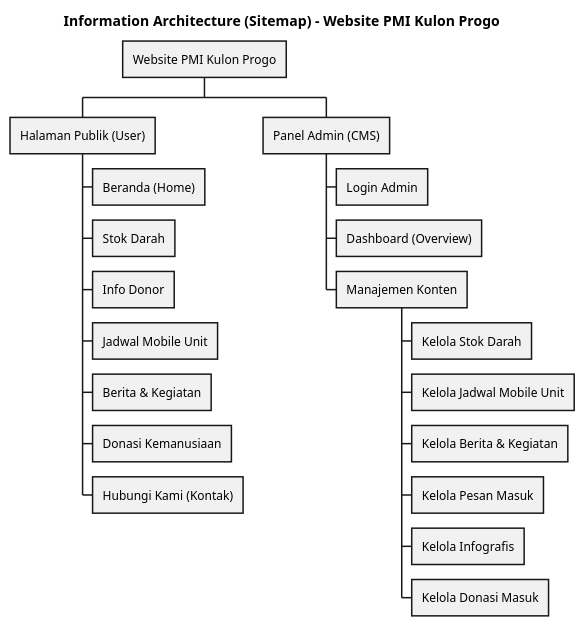
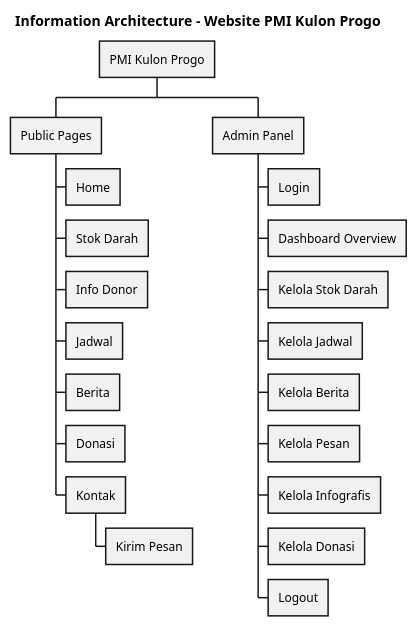
One commit to jaddu17/capstonepmikp changed the diagram in diagram/information_architecture.puml. Above: the diagram before and after it, drawn with PlantUML. The commit also changed 9 other files, not shown here.

```diff
--- a/diagram/information_architecture.puml
+++ b/diagram/information_architecture.puml
@@ -1,24 +1,24 @@
-@startwbs INFORMATION_ARCHITECTURE
-title Information Architecture (Sitemap) - Website PMI Kulon Progo
+@startwbs
+title Information Architecture - Website PMI Kulon Progo
 
-* Website PMI Kulon Progo
-** Halaman Publik (User)
-*** Beranda (Home)
+* PMI Kulon Progo
+** Public Pages
+*** Home
 *** Stok Darah
 *** Info Donor
-*** Jadwal Mobile Unit
-*** Berita & Kegiatan
-*** Donasi Kemanusiaan
-*** Hubungi Kami (Kontak)
-
-** Panel Admin (CMS)
-*** Login Admin
-*** Dashboard (Overview)
-*** Manajemen Konten
-**** Kelola Stok Darah
-**** Kelola Jadwal Mobile Unit
-**** Kelola Berita & Kegiatan
-**** Kelola Pesan Masuk
-**** Kelola Infografis
-**** Kelola Donasi Masuk
+*** Jadwal
+*** Berita
+*** Donasi
+*** Kontak
+**** Kirim Pesan
+** Admin Panel
+*** Login
+*** Dashboard Overview
+*** Kelola Stok Darah
+*** Kelola Jadwal
+*** Kelola Berita
+*** Kelola Pesan
+*** Kelola Infografis
+*** Kelola Donasi
+*** Logout
 @endwbs
```
